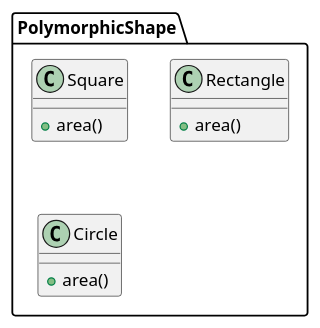
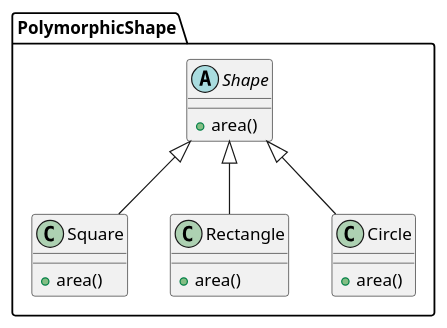
The third of 3 diagrams in docs/dev/_objects_and_data_structures.md (k2works/etude_for_ruby), drawn with PlantUML before and after one commit. The commit also changed other lines of this file and 3 other files, not shown here.

````diff
--- a/docs/dev/_objects_and_data_structures.md
+++ b/docs/dev/_objects_and_data_structures.md
@@ -187,16 +196,22 @@
 ```puml
 @startuml
 
 package "PolymorphicShape" {
+abstract Shape {
+  +area()
+}
 class Square {
   +area()
 }
 class Rectangle {
   +area()
 }
 class Circle{
   +area()
 }
+Shape <|--d Square
+Shape <|--d Rectangle
+Shape <|--d Circle
 }
 @enduml
 ```
````
